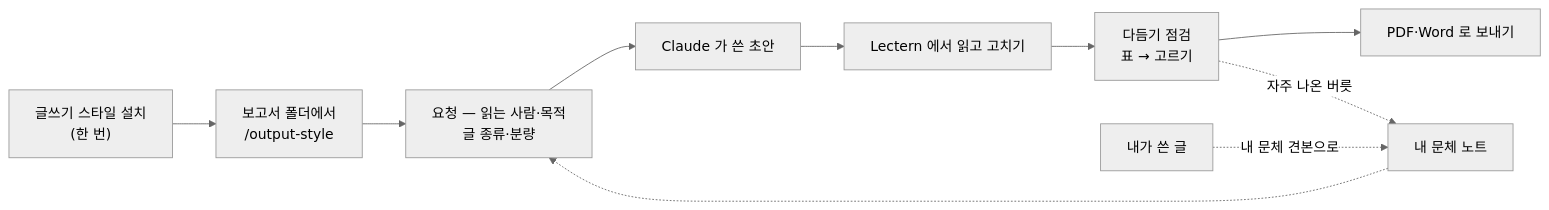
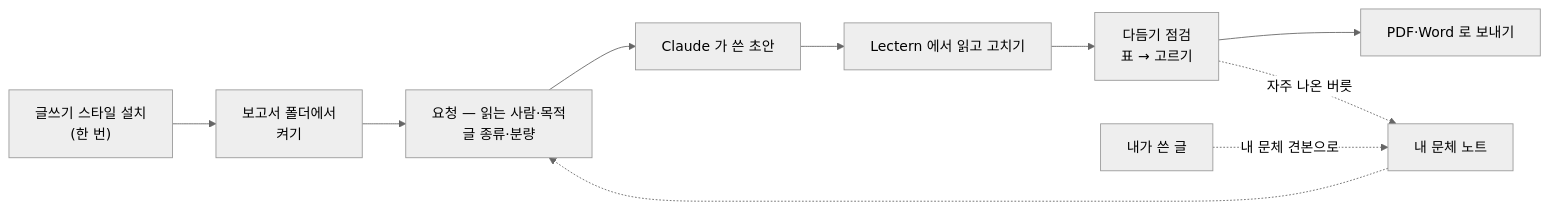
The diagram in samples/guide/14-보고서-글쓰기.md (samiblog/lectern), drawn with Mermaid (neutral theme) before and after one commit. The commit also changed other lines of this file and 54 other files, not shown here.

````diff
--- a/samples/guide/14-보고서-글쓰기.md
+++ b/samples/guide/14-보고서-글쓰기.md
@@ -19,12 +19,12 @@
 ```mermaid
 flowchart LR
-  A["글쓰기 스타일 설치<br/>(한 번)"] --> B["보고서 폴더에서<br/>/output-style"]
+  A["글쓰기 스타일 설치<br/>(한 번)"] --> B["보고서 폴더에서<br/>켜기"]
   B --> C["요청 — 읽는 사람·목적<br/>글 종류·분량"]
   C --> D["Claude 가 쓴 초안"]
   D --> E["Lectern 에서 읽고 고치기"]
   E --> F["다듬기 점검<br/>표 → 고르기"]
   F --> G["PDF·Word 로 보내기"]
   H["내가 쓴 글"] -.->|"내 문체 견본으로"| I["내 문체 노트"]
   I -.-> C
   F -.->|"자주 나온 버릇"| I
 ```
````
